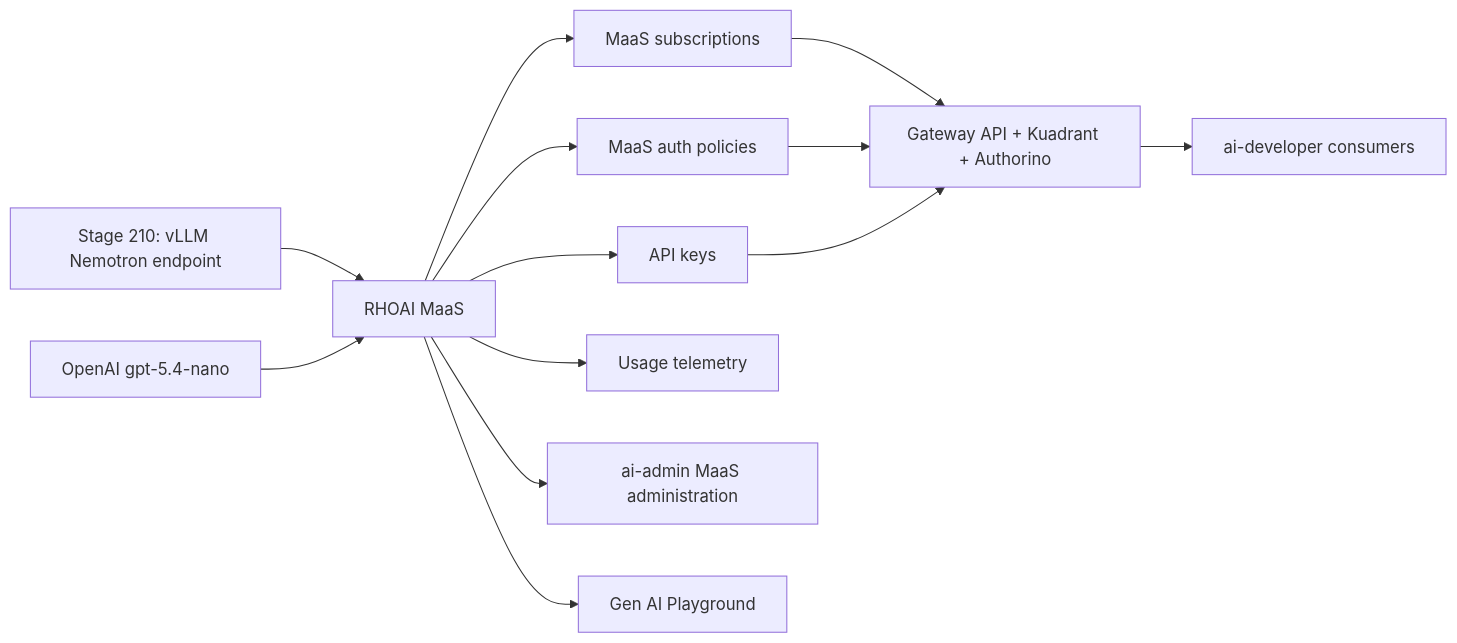
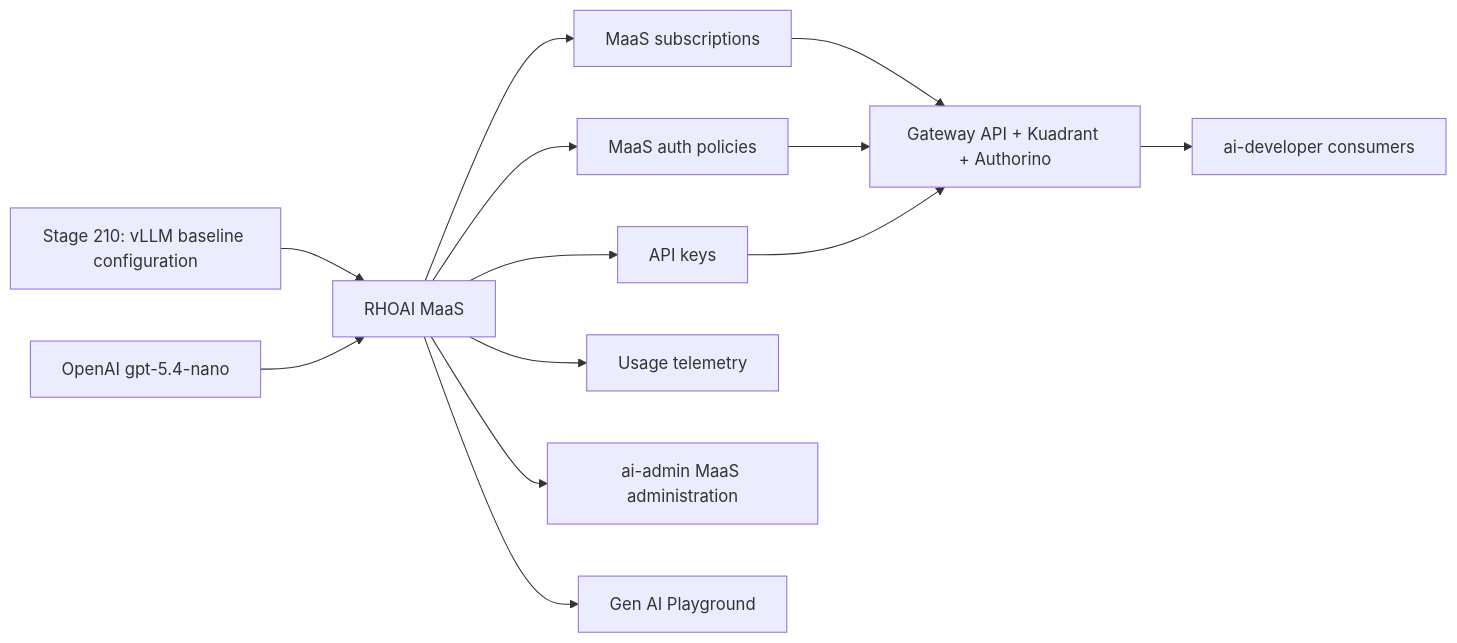
Before and after one commit to adnan-drina/rhoai3-demo: the diagram in stage-230-models-as-a-service/README.md, drawn with Mermaid. The commit also changed other lines of this file and 27 other files, not shown here.

Commit message:
fix(stage-230): migrate nemotron into maas

````diff
--- a/stage-230-models-as-a-service/README.md
+++ b/stage-230-models-as-a-service/README.md
@@ -30,15 +31,15 @@
 ```mermaid
 flowchart LR
-  previous["Stage 210: vLLM Nemotron endpoint"] --> maas["RHOAI MaaS"]
+  previous["Stage 210: vLLM baseline configuration"] --> maas["RHOAI MaaS"]
   openai["OpenAI gpt-5.4-nano"] --> maas
   maas --> sub["MaaS subscriptions"]
   maas --> auth["MaaS auth policies"]
   maas --> keys["API keys"]
   maas --> obs["Usage telemetry"]
   sub --> gateway["Gateway API + Kuadrant + Authorino"]
   auth --> gateway
   keys --> gateway
   gateway --> users["ai-developer consumers"]
   maas --> admin["ai-admin MaaS administration"]
   maas --> playground["Gen AI Playground"]
 ```
````
